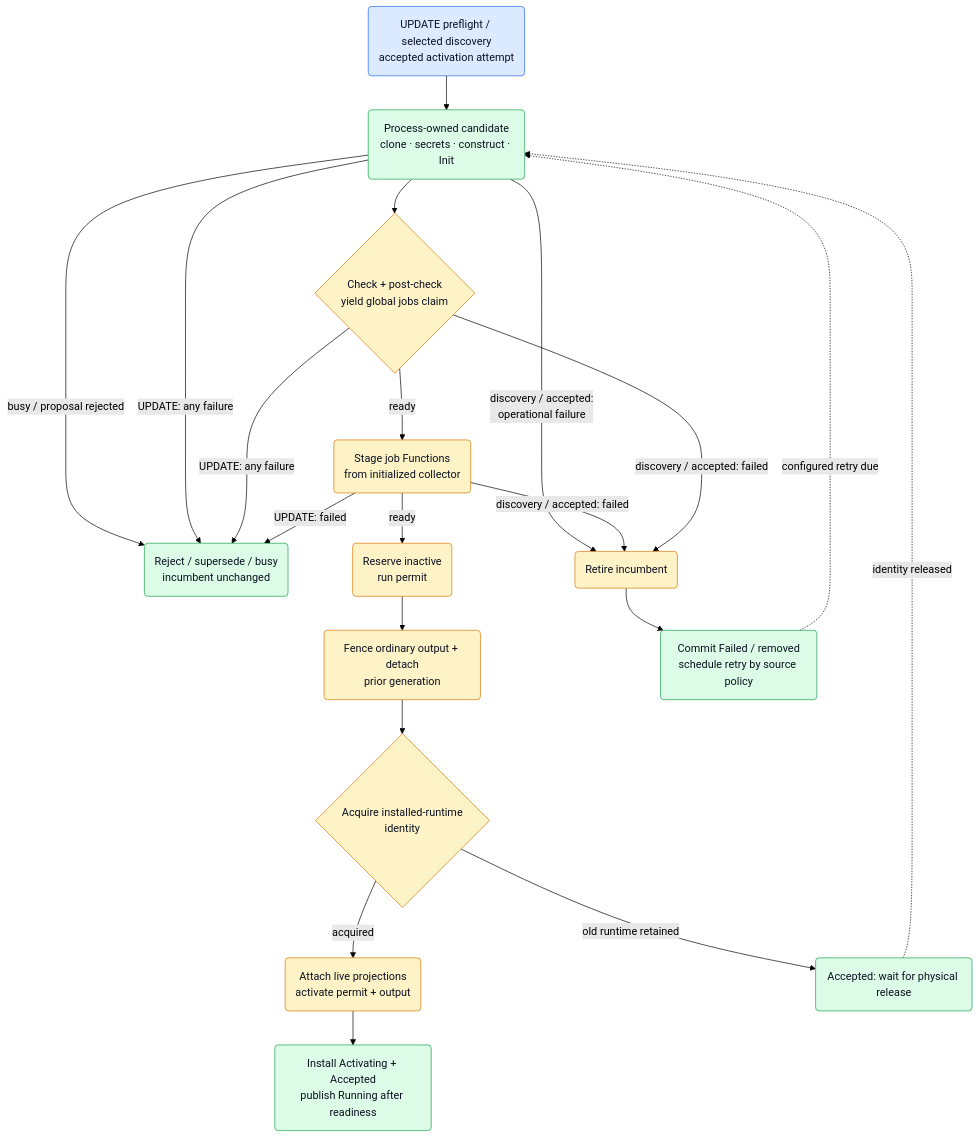
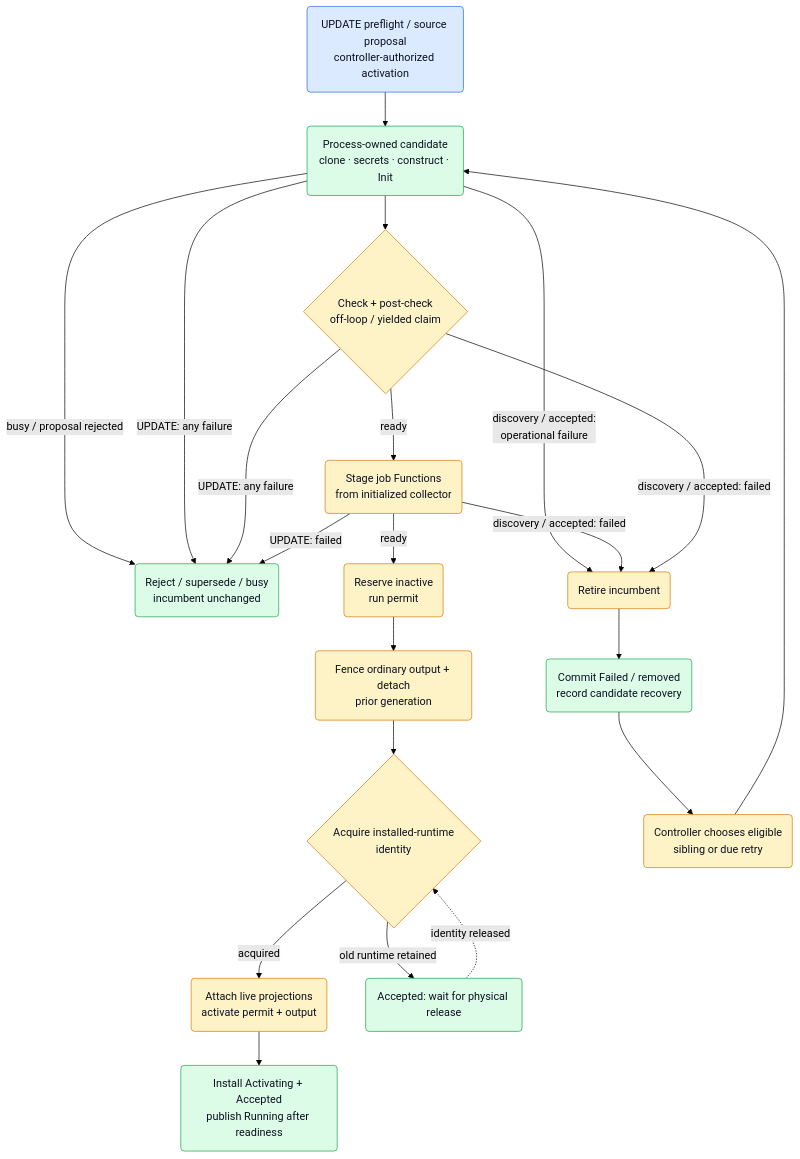
Before and after one commit to netdata/netdata: the fifth of 10 diagrams in src/go/plugin/agent/jobmgr/ARCHITECTURE.md, drawn with Mermaid (forest theme). The commit also changed other lines of this file and 71 other files, not shown here.

````diff
--- a/src/go/plugin/agent/jobmgr/ARCHITECTURE.md
+++ b/src/go/plugin/agent/jobmgr/ARCHITECTURE.md
@@ -544,39 +601,40 @@
 ```mermaid
 flowchart TD
-    Cmd("UPDATE preflight / selected discovery<br/>accepted activation attempt")
+    Cmd("UPDATE preflight / source proposal<br/>controller-authorized activation")
     Stage("Process-owned candidate<br/>clone · secrets · construct · Init")
-    AutoD{"Check + post-check<br/>yield global jobs claim"}
+    AutoD{"Check + post-check<br/>off-loop / yielded claim"}
     Functions("Stage job Functions<br/>from initialized collector")
     Keep("Reject / supersede / busy<br/>incumbent unchanged")
     Reserve("Reserve inactive<br/>run permit")
     Retire("Fence ordinary output + detach<br/>prior generation")
     Promote{"Acquire installed-runtime<br/>identity"}
     Attach("Attach live projections<br/>activate permit + output")
     Live("Install Activating + Accepted<br/>publish Running after readiness")
     Wait("Accepted: wait for physical release")
     RetireFailed("Retire incumbent")
-    Fail("Commit Failed / removed<br/>schedule retry by source policy")
+    Fail("Commit Failed / removed<br/>record candidate recovery")
+    Next("Controller chooses eligible<br/>sibling or due retry")
 
     Cmd --> Stage
     Stage -->|"busy / proposal rejected"| Keep
     Stage -->|"UPDATE: any failure"| Keep
     Stage -->|"discovery / accepted:<br/>operational failure"| RetireFailed
     Stage --> AutoD
     AutoD -->|"UPDATE: any failure"| Keep
     AutoD -->|"ready"| Functions
     Functions -->|"ready"| Reserve --> Retire --> Promote
     Functions -->|"UPDATE: failed"| Keep
     Functions -->|"discovery / accepted: failed"| RetireFailed
     Promote -->|"acquired"| Attach --> Live
     AutoD -->|"discovery / accepted: failed"| RetireFailed --> Fail
     Promote -->|"old runtime retained"| Wait
-    Wait -. "identity released" .-> Stage
-    Fail -. "configured retry due" .-> Stage
+    Wait -. "identity released" .-> Promote
+    Fail --> Next --> Stage
 
     classDef ext fill:#dbeafe,stroke:#2563eb,color:#0b1021;
     classDef core fill:#fef3c7,stroke:#d97706,color:#0b1021;
     classDef job fill:#dcfce7,stroke:#16a34a,color:#0b1021;
     class Cmd ext;
-    class AutoD,Functions,Reserve,Retire,RetireFailed,Promote,Attach core;
+    class AutoD,Functions,Reserve,Retire,RetireFailed,Promote,Attach,Next core;
     class Stage,Keep,Live,Wait,Fail job;
 ```
````
